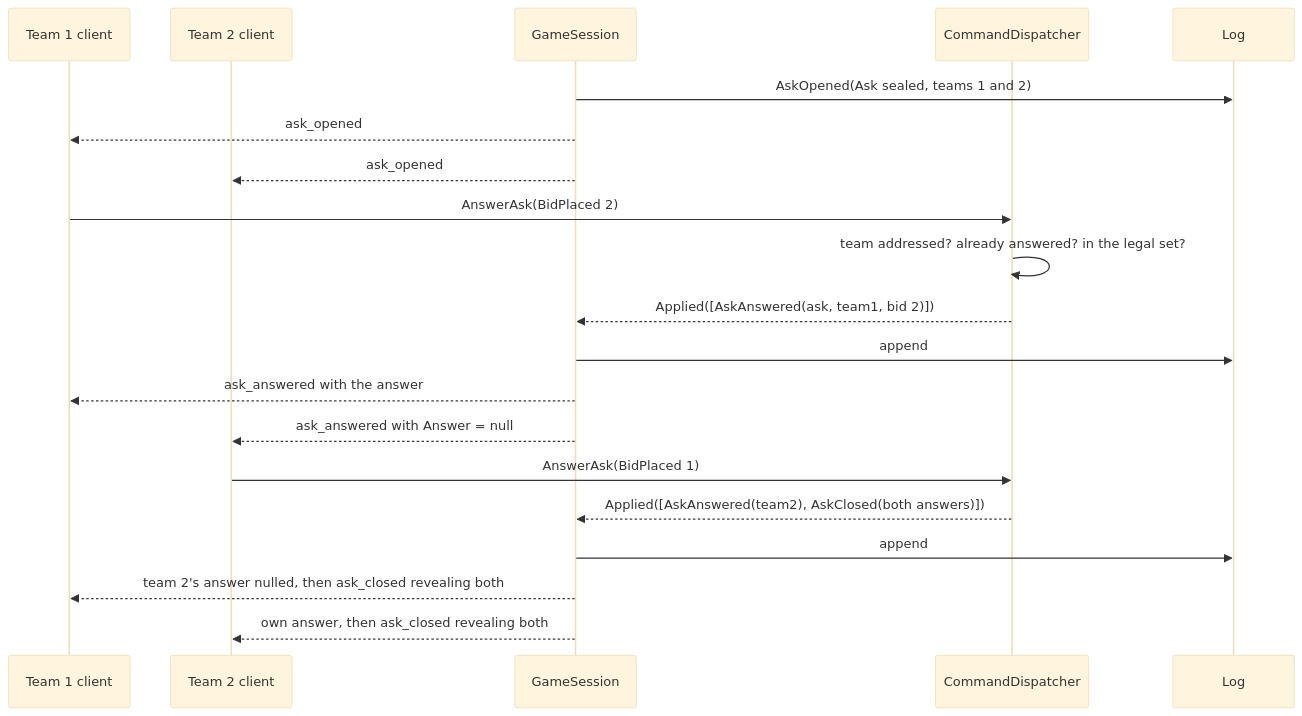
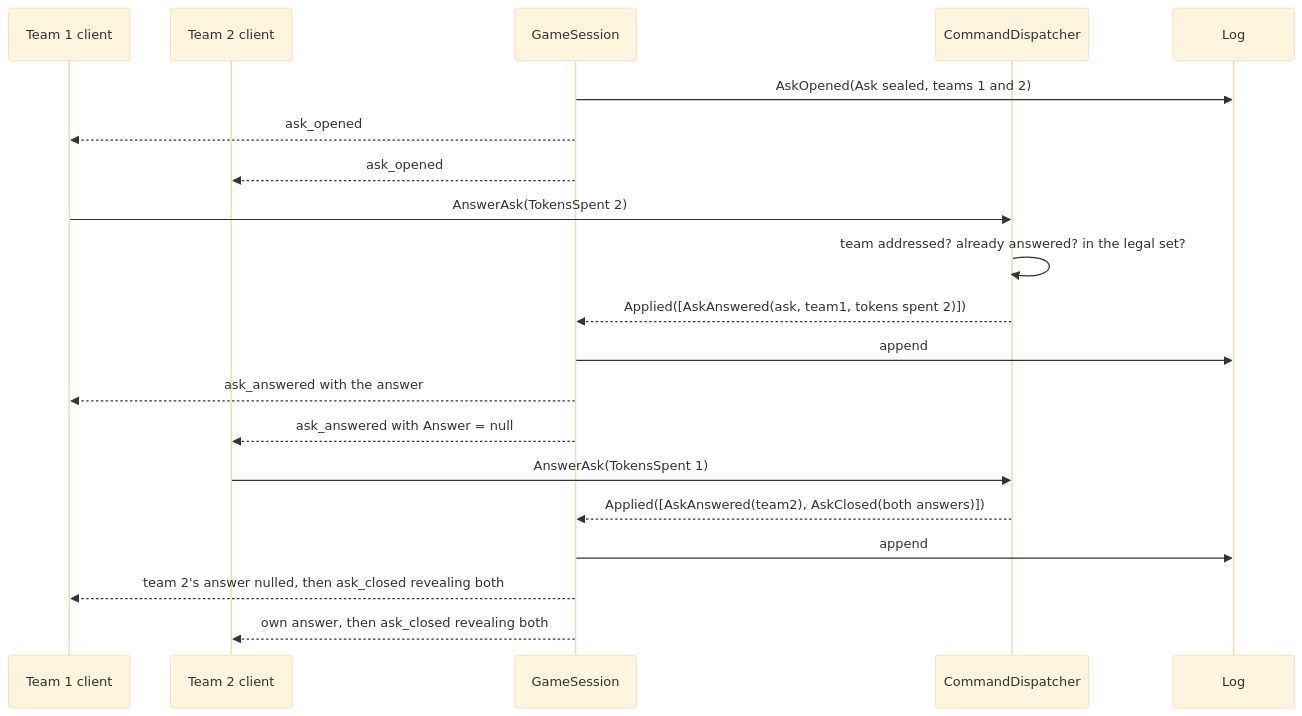
The ninth of 12 diagrams in docs/design/game-server/design.md (cstupi/tabletop), drawn with Mermaid (base theme) before and after one commit. The commit also changed other lines of this file and 25 other files, not shown here.

````diff
--- a/docs/design/game-server/design.md
+++ b/docs/design/game-server/design.md
@@ -935,23 +935,23 @@
 ```mermaid
 sequenceDiagram
     participant T1 as Team 1 client
     participant T2 as Team 2 client
     participant S as GameSession
     participant D as CommandDispatcher
     participant L as Log
 
     S->>L: AskOpened(Ask sealed, teams 1 and 2)
     S-->>T1: ask_opened
     S-->>T2: ask_opened
-    T1->>D: AnswerAsk(BidPlaced 2)
+    T1->>D: AnswerAsk(TokensSpent 2)
     D->>D: team addressed? already answered? in the legal set?
-    D-->>S: Applied([AskAnswered(ask, team1, bid 2)])
+    D-->>S: Applied([AskAnswered(ask, team1, tokens spent 2)])
     S->>L: append
     S-->>T1: ask_answered with the answer
     S-->>T2: ask_answered with Answer = null
-    T2->>D: AnswerAsk(BidPlaced 1)
+    T2->>D: AnswerAsk(TokensSpent 1)
     D-->>S: Applied([AskAnswered(team2), AskClosed(both answers)])
     S->>L: append
     S-->>T1: team 2's answer nulled, then ask_closed revealing both
     S-->>T2: own answer, then ask_closed revealing both
 ```
````
